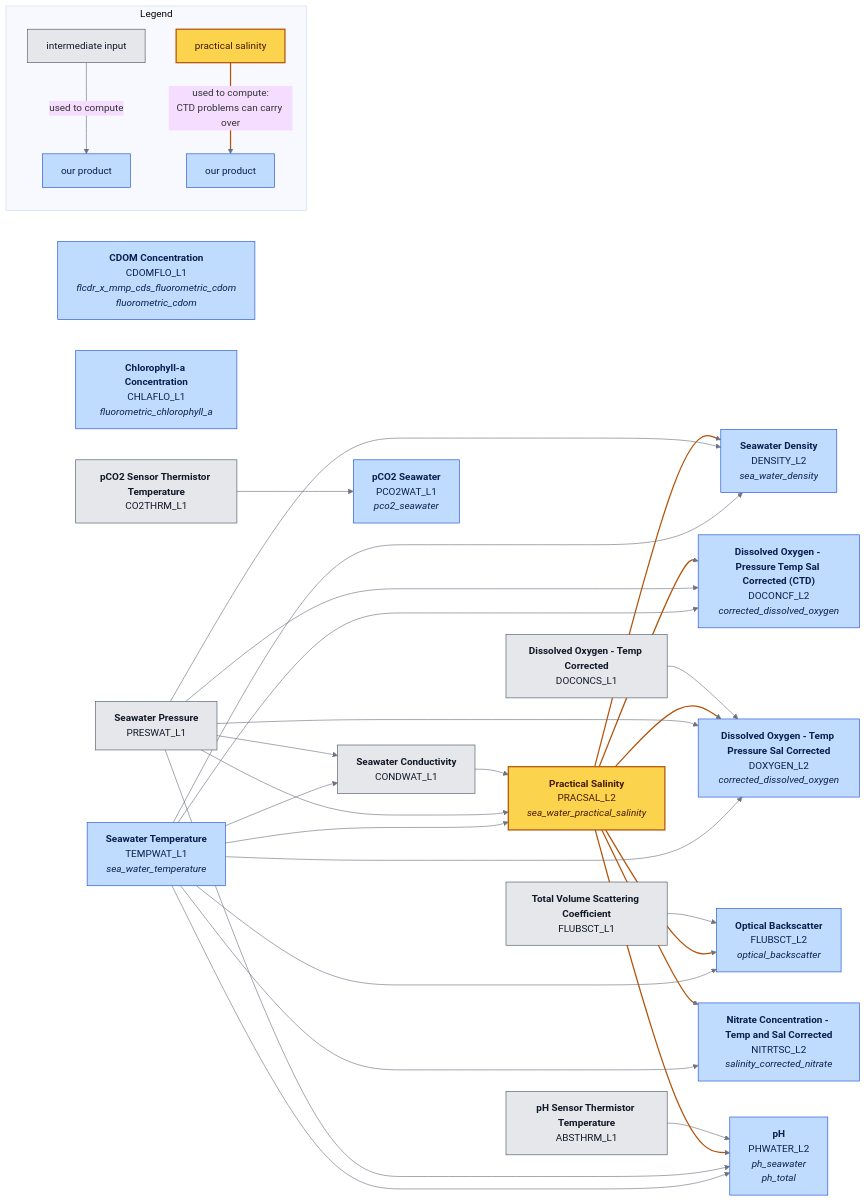
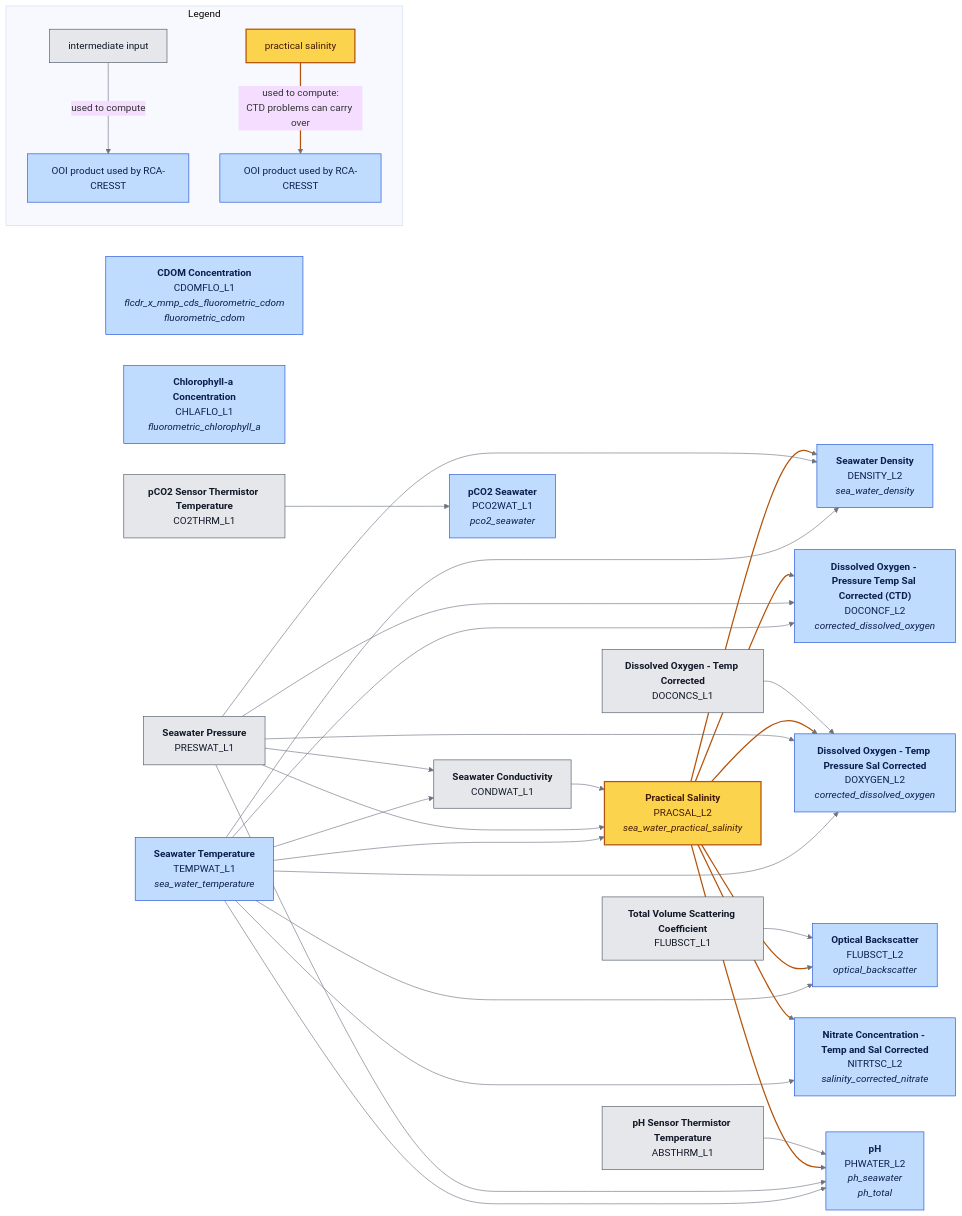
Before and after one commit to ooi-data/rca-cicoes-cresst: the diagram in docs/parameter_dependencies.md, drawn with Mermaid (base theme). The commit also changed other lines of this file and 3 other files, not shown here.

````diff
--- a/docs/parameter_dependencies.md
+++ b/docs/parameter_dependencies.md
@@ -13,57 +13,57 @@
 ```mermaid
 flowchart LR
     ABSTHRM_L1["<b>pH Sensor Thermistor Temperature</b><br/>ABSTHRM_L1"]
     CDOMFLO_L1["<b>CDOM Concentration</b><br/>CDOMFLO_L1<br/><i>flcdr_x_mmp_cds_fluorometric_cdom</i><br/><i>fluorometric_cdom</i>"]
     CHLAFLO_L1["<b>Chlorophyll-a Concentration</b><br/>CHLAFLO_L1<br/><i>fluorometric_chlorophyll_a</i>"]
     CO2THRM_L1["<b>pCO2 Sensor Thermistor Temperature</b><br/>CO2THRM_L1"]
     CONDWAT_L1["<b>Seawater Conductivity</b><br/>CONDWAT_L1"]
     DENSITY_L2["<b>Seawater Density</b><br/>DENSITY_L2<br/><i>sea_water_density</i>"]
     DOCONCF_L2["<b>Dissolved Oxygen - Pressure Temp Sal Corrected (CTD)</b><br/>DOCONCF_L2<br/><i>corrected_dissolved_oxygen</i>"]
     DOCONCS_L1["<b>Dissolved Oxygen - Temp Corrected</b><br/>DOCONCS_L1"]
     DOXYGEN_L2["<b>Dissolved Oxygen - Temp Pressure Sal Corrected</b><br/>DOXYGEN_L2<br/><i>corrected_dissolved_oxygen</i>"]
     FLUBSCT_L1["<b>Total Volume Scattering Coefficient</b><br/>FLUBSCT_L1"]
     FLUBSCT_L2["<b>Optical Backscatter</b><br/>FLUBSCT_L2<br/><i>optical_backscatter</i>"]
     NITRTSC_L2["<b>Nitrate Concentration - Temp and Sal Corrected</b><br/>NITRTSC_L2<br/><i>salinity_corrected_nitrate</i>"]
     PCO2WAT_L1["<b>pCO2 Seawater</b><br/>PCO2WAT_L1<br/><i>pco2_seawater</i>"]
     PHWATER_L2["<b>pH</b><br/>PHWATER_L2<br/><i>ph_seawater</i><br/><i>ph_total</i>"]
     PRACSAL_L2["<b>Practical Salinity</b><br/>PRACSAL_L2<br/><i>sea_water_practical_salinity</i>"]
     PRESWAT_L1["<b>Seawater Pressure</b><br/>PRESWAT_L1"]
     TEMPWAT_L1["<b>Seawater Temperature</b><br/>TEMPWAT_L1<br/><i>sea_water_temperature</i>"]
     ABSTHRM_L1 --> PHWATER_L2
     CO2THRM_L1 --> PCO2WAT_L1
     CONDWAT_L1 --> PRACSAL_L2
     DOCONCS_L1 --> DOXYGEN_L2
     FLUBSCT_L1 --> FLUBSCT_L2
     PRACSAL_L2 --> DENSITY_L2
     PRACSAL_L2 --> DOCONCF_L2
     PRACSAL_L2 --> DOXYGEN_L2
     PRACSAL_L2 --> FLUBSCT_L2
     PRACSAL_L2 --> NITRTSC_L2
     PRACSAL_L2 --> PHWATER_L2
     PRESWAT_L1 --> CONDWAT_L1
     PRESWAT_L1 --> DENSITY_L2
     PRESWAT_L1 --> DOCONCF_L2
     PRESWAT_L1 --> DOXYGEN_L2
     PRESWAT_L1 --> PHWATER_L2
     PRESWAT_L1 --> PRACSAL_L2
     TEMPWAT_L1 --> CONDWAT_L1
     TEMPWAT_L1 --> DENSITY_L2
     TEMPWAT_L1 --> DOCONCF_L2
     TEMPWAT_L1 --> DOXYGEN_L2
     TEMPWAT_L1 --> FLUBSCT_L2
     TEMPWAT_L1 --> NITRTSC_L2
     TEMPWAT_L1 --> PHWATER_L2
     TEMPWAT_L1 --> PRACSAL_L2
     subgraph Legend
-        lg_in[intermediate input] -->|used to compute| lg_prod[our product]
-        lg_sal[practical salinity] -->|used to compute:<br/>CTD problems can carry over| lg_prod2[our product]
+        lg_in[intermediate input] -->|used to compute| lg_prod[OOI product used by RCA-CRESST]
+        lg_sal[practical salinity] -->|used to compute:<br/>CTD problems can carry over| lg_prod2[OOI product used by RCA-CRESST]
     end
     classDef default fill:#e5e7eb,stroke:#4b5563,color:#111827
     classDef product fill:#bfdbfe,stroke:#1d4ed8,color:#0b1f4d
     classDef salinity fill:#fcd34d,stroke:#b45309,stroke-width:2px,color:#451a03
     class CDOMFLO_L1,CHLAFLO_L1,DENSITY_L2,DOCONCF_L2,DOXYGEN_L2,FLUBSCT_L2,NITRTSC_L2,PCO2WAT_L1,PHWATER_L2,TEMPWAT_L1 product
     class PRACSAL_L2,lg_sal salinity
     class lg_prod,lg_prod2 product
     linkStyle default stroke:#6b7280
     linkStyle 5,6,7,8,9,10,26 stroke:#b45309,stroke-width:2px
 ```
````
